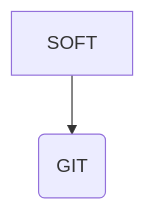
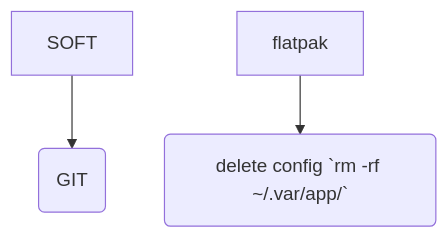
One commit to wow-yes/blog changed the diagram in _soft/doc/000-软件总结.md. Above: the diagram before and after it, drawn with Mermaid. The commit also changed other lines of this file and 7 other files, not shown here.

````diff
--- a/_soft/doc/000-软件总结.md
+++ b/_soft/doc/000-软件总结.md
@@ -14,5 +14,8 @@
 ```mermaid 
 graph TD
     SOFT -->  git(GIT)
 
+
+    flatpak --> fdelete("delete config `rm -rf ~/.var/app/`")
+
 ```
````
